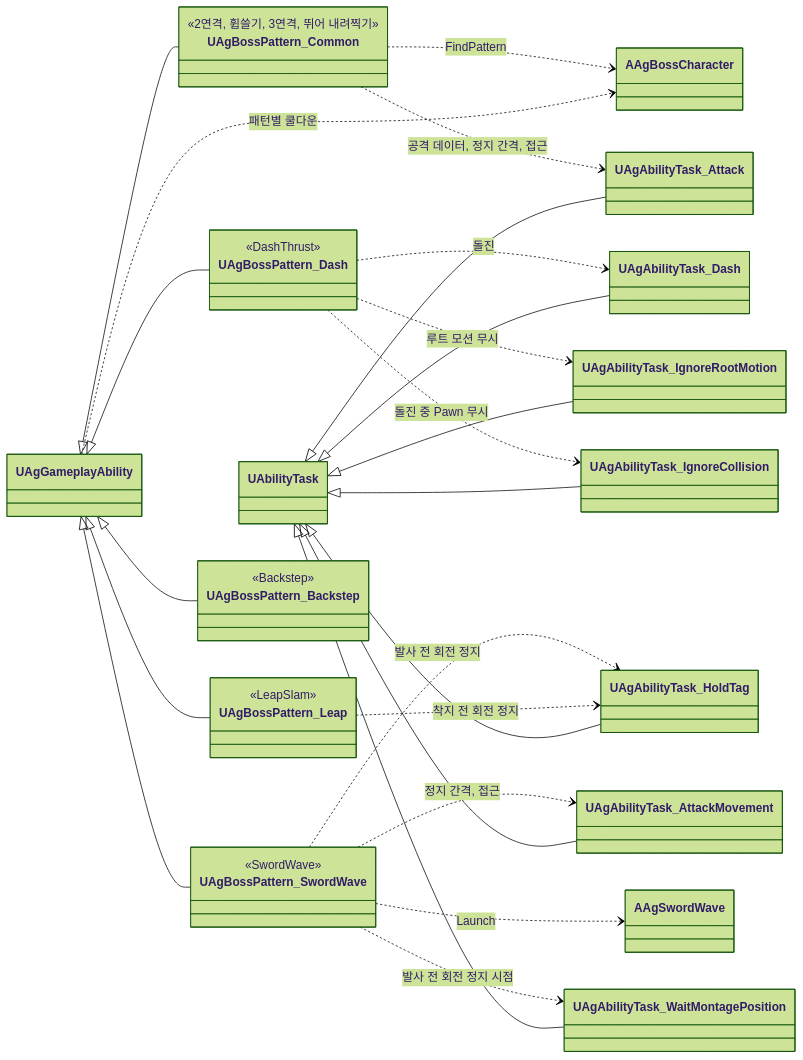
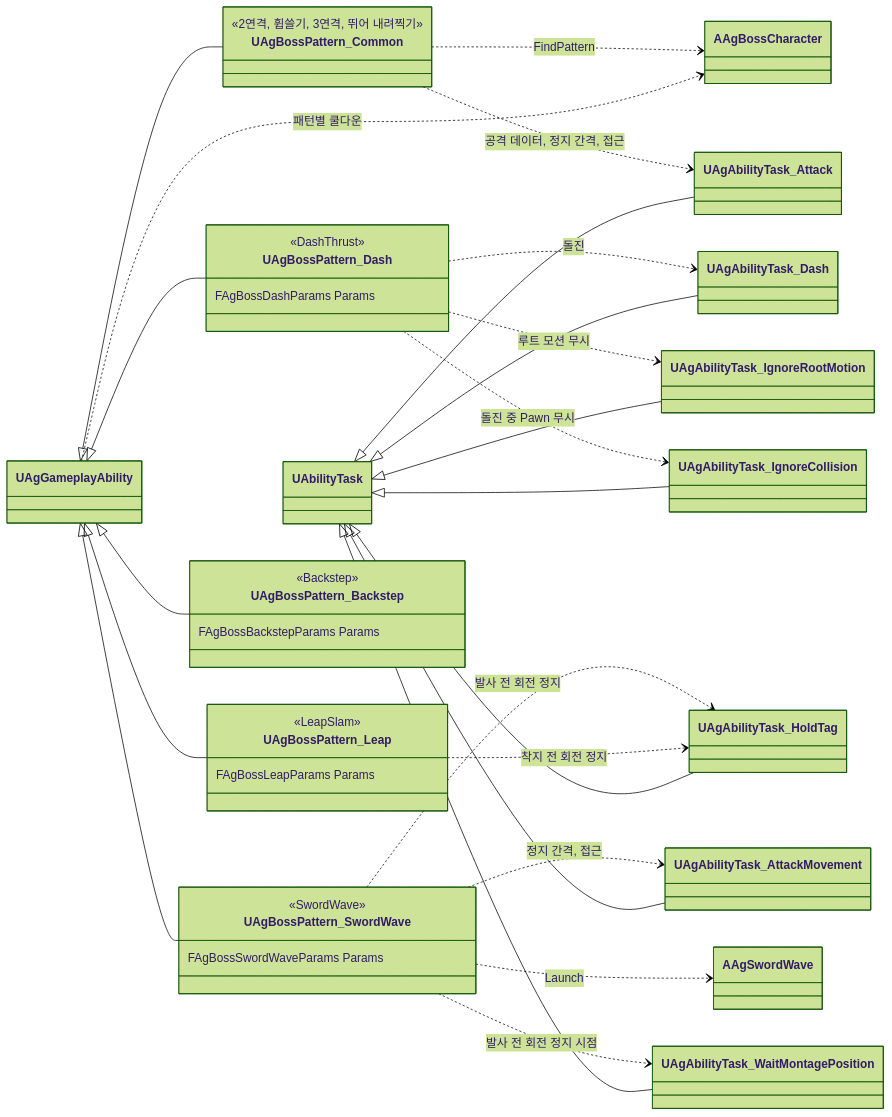
Before and after one commit to Woogl/Ag: the second of 3 diagrams in Docs/Program/보스.md, drawn with Mermaid (forest theme). The commit also changed other lines of this file and 33 other files, not shown here.

````diff
--- a/Docs/Program/보스.md
+++ b/Docs/Program/보스.md
@@ -88,43 +88,47 @@
 ```mermaid
 classDiagram
     direction LR
     class UAgBossPattern_Common {
         <<2연격, 휩쓸기, 3연격, 뛰어 내려찍기>>
     }
     class UAgBossPattern_Dash {
         <<DashThrust>>
+        FAgBossDashParams Params
     }
     class UAgBossPattern_Leap {
         <<LeapSlam>>
+        FAgBossLeapParams Params
     }
     class UAgBossPattern_SwordWave {
         <<SwordWave>>
+        FAgBossSwordWaveParams Params
     }
     class UAgBossPattern_Backstep {
         <<Backstep>>
+        FAgBossBackstepParams Params
     }
     UAgGameplayAbility <|-- UAgBossPattern_Common
     UAgGameplayAbility <|-- UAgBossPattern_Dash
     UAgGameplayAbility <|-- UAgBossPattern_Leap
     UAgGameplayAbility <|-- UAgBossPattern_SwordWave
     UAgGameplayAbility <|-- UAgBossPattern_Backstep
 
     UAgBossPattern_Common ..> AAgBossCharacter : FindPattern
     UAgBossPattern_Common ..> UAgAbilityTask_Attack : 공격 데이터, 정지 간격, 접근
     UAgBossPattern_SwordWave ..> UAgAbilityTask_AttackMovement : 정지 간격, 접근
     UAgBossPattern_Dash ..> UAgAbilityTask_Dash : 돌진
     UAgBossPattern_Dash ..> UAgAbilityTask_IgnoreRootMotion : 루트 모션 무시
     UAgBossPattern_Dash ..> UAgAbilityTask_IgnoreCollision : 돌진 중 Pawn 무시
     UAgBossPattern_SwordWave ..> AAgSwordWave : Launch
     UAgBossPattern_SwordWave ..> UAgAbilityTask_WaitMontagePosition : 발사 전 회전 정지 시점
     UAgBossPattern_SwordWave ..> UAgAbilityTask_HoldTag : 발사 전 회전 정지
     UAgBossPattern_Leap ..> UAgAbilityTask_HoldTag : 착지 전 회전 정지
     UAgGameplayAbility ..> AAgBossCharacter : 패턴별 쿨다운
     UAbilityTask <|-- UAgAbilityTask_Attack
     UAbilityTask <|-- UAgAbilityTask_Dash
     UAbilityTask <|-- UAgAbilityTask_IgnoreRootMotion
     UAbilityTask <|-- UAgAbilityTask_IgnoreCollision
     UAbilityTask <|-- UAgAbilityTask_AttackMovement
     UAbilityTask <|-- UAgAbilityTask_WaitMontagePosition
     UAbilityTask <|-- UAgAbilityTask_HoldTag
 ```
````
